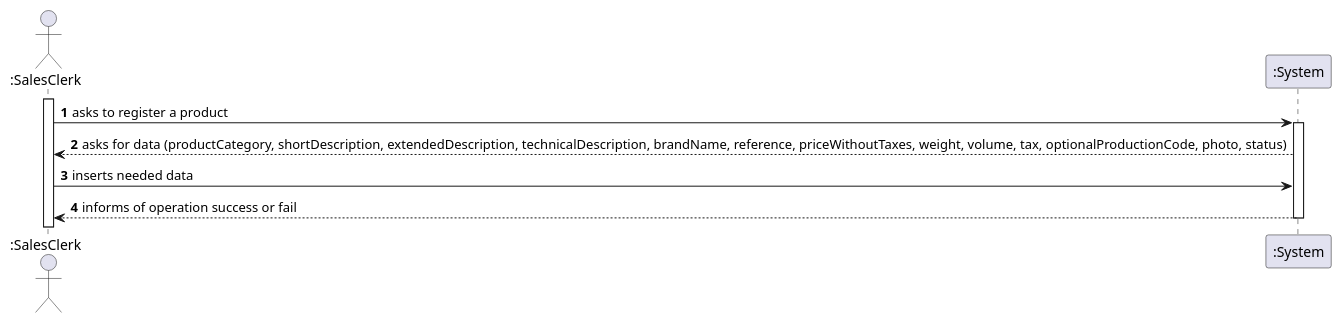
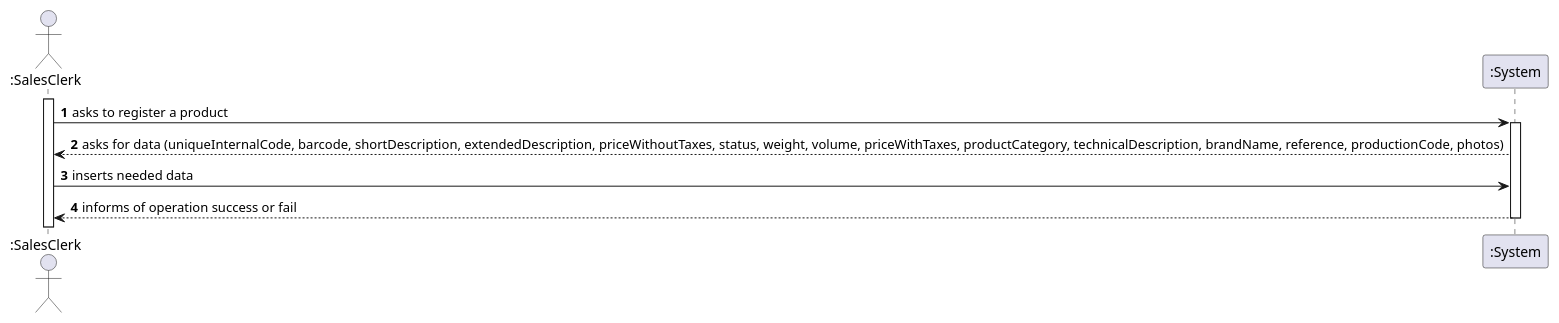
The diagram in docs/1201592/US1001/US_1001_SSD.puml (ana-albergaria/LAPR4-ISEP), drawn with PlantUML before and after one commit. The commit also changed 5 other files, not shown here.

Commit message:
Issue #2 - Corrected diagrams.

```diff
--- a/docs/1201592/US1001/US_1001_SSD.puml
+++ b/docs/1201592/US1001/US_1001_SSD.puml
@@ -1,16 +1,16 @@
 @startuml
 'https://plantuml.com/sequence-diagram
 
 autonumber
 
 Actor ":SalesClerk" as SC
 
 activate SC
 SC-> ":System" : asks to register a product
 activate ":System"
-":System" --> SC : asks for data (productCategory, shortDescription, extendedDescription, technicalDescription, brandName, reference, priceWithoutTaxes, weight, volume, tax, optionalProductionCode, photo, status)
+":System" --> SC : asks for data (uniqueInternalCode, barcode, shortDescription, extendedDescription, priceWithoutTaxes, status, weight, volume, priceWithTaxes, productCategory, technicalDescription, brandName, reference, productionCode, photos)
 SC-> ":System" : inserts needed data
 ":System" --> SC : informs of operation success or fail
 deactivate ":System"
 
 @enduml
```
